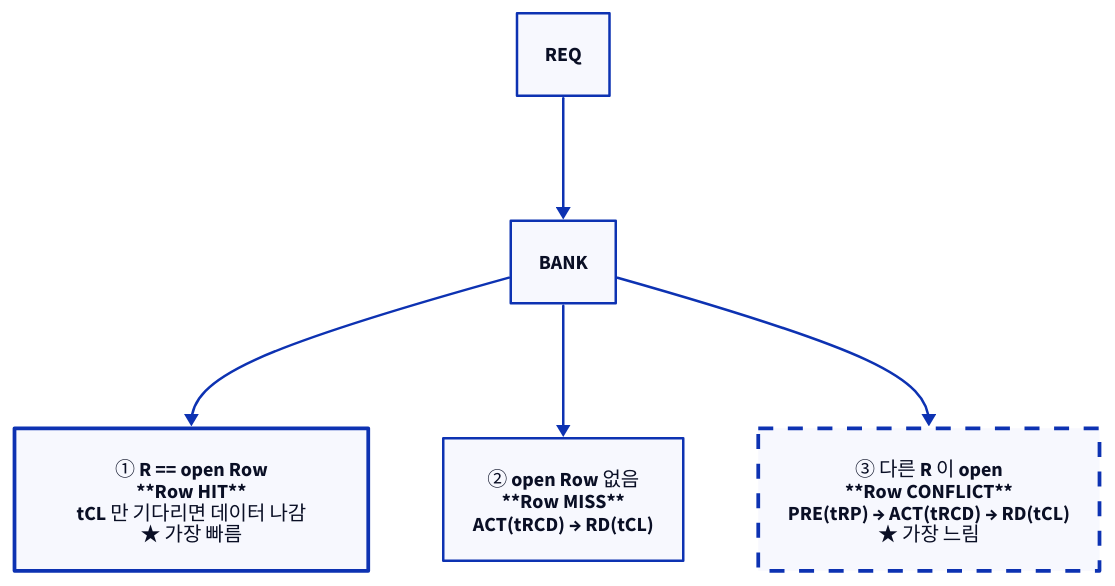
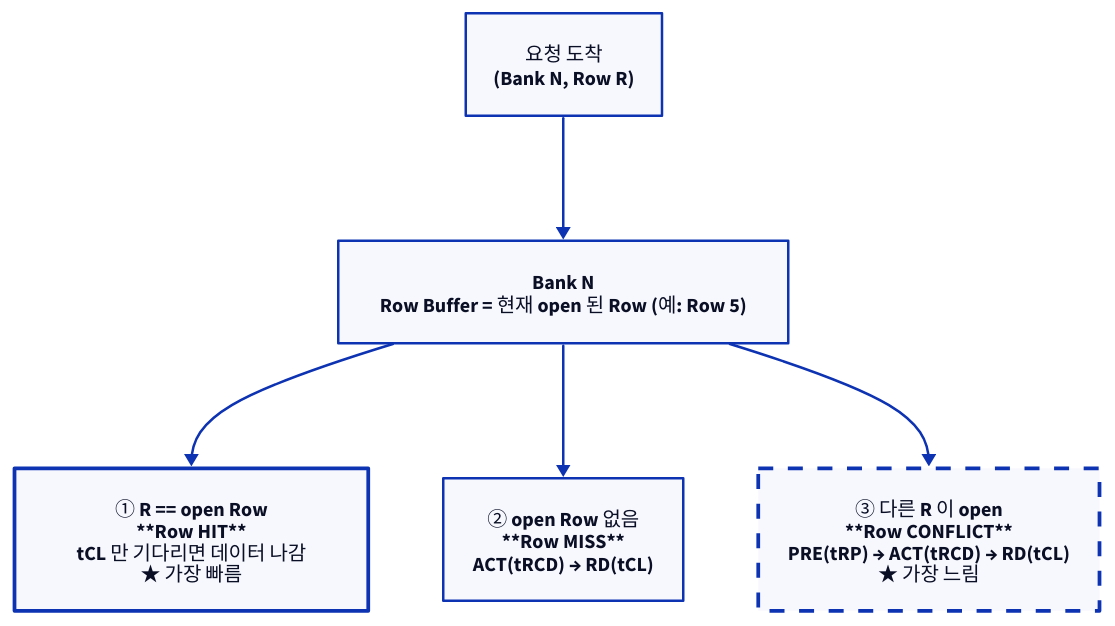
One commit to humbleowl39/DV_SKOOL changed the first of 4 diagrams in topics/dram_ddr/docs/01_dram_fundamentals_ddr.md. Above: the diagram before and after it, drawn with D2. The commit also changed other lines of this file and 90 other files, not shown here.

First line of the commit message:
docs: 전 토픽 다이어그램 정비 — ASCII→D2, mermaid→D2, 과대 D2 가시성 수정

````diff
--- a/topics/dram_ddr/docs/01_dram_fundamentals_ddr.md
+++ b/topics/dram_ddr/docs/01_dram_fundamentals_ddr.md
@@ -92,13 +92,13 @@
 ```d2
 direction: down
 
-# unparsed: REQ["요청 도착<br/>(Bank N, Row R)"]
-# unparsed: BANK["Bank N<br/>Row Buffer = 현재 open 된 Row (예: Row 5)"]
+REQ: "요청 도착\n(Bank N, Row R)"
+BANK: "Bank N\nRow Buffer = 현재 open 된 Row (예: Row 5)"
 REQ -> BANK
 HIT: "① R == open Row\n**Row HIT**\ntCL 만 기다리면 데이터 나감\n★ 가장 빠름" { style.stroke-width: 3 }
 BANK -> HIT
 MISS: "② open Row 없음\n**Row MISS**\nACT(tRCD) → RD(tCL)"
 BANK -> MISS
 CONF: "③ 다른 R 이 open\n**Row CONFLICT**\nPRE(tRP) → ACT(tRCD) → RD(tCL)\n★ 가장 느림" { style.stroke-width: 3; style.stroke-dash: 4 }
 BANK -> CONF
 ```
````
